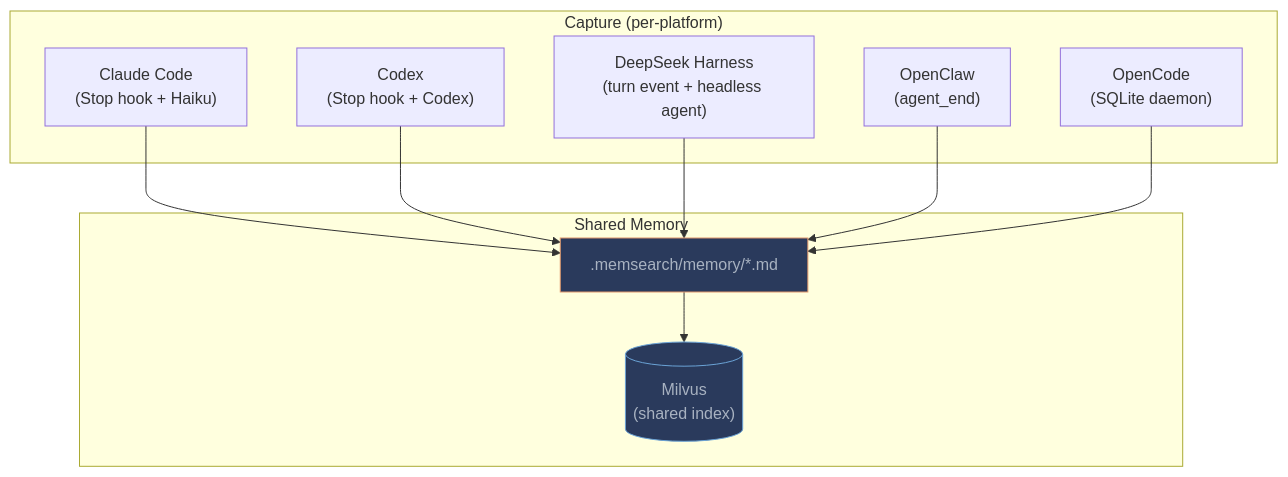
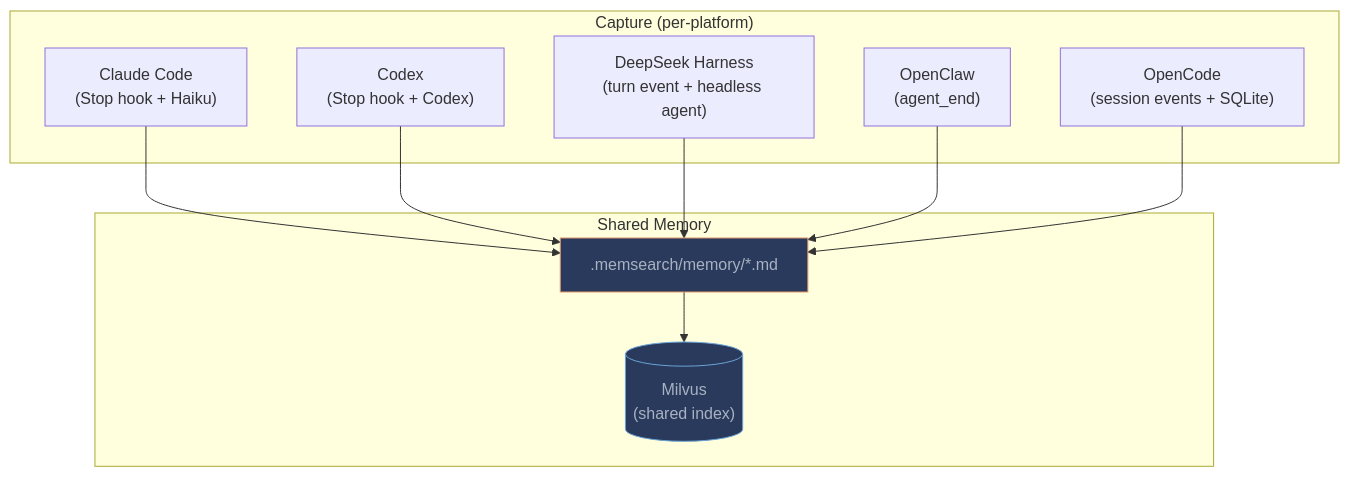
Before and after one commit to zilliztech/memsearch: the second of 4 diagrams in docs/design-philosophy.md, drawn with Mermaid. The commit also changed 51 other files, not shown here.

````diff
--- a/docs/design-philosophy.md
+++ b/docs/design-philosophy.md
@@ -42,21 +42,21 @@
 ```mermaid
 graph TB
     subgraph "Capture (per-platform)"
         CC["Claude Code<br/>(Stop hook + Haiku)"]
         CX["Codex<br/>(Stop hook + Codex)"]
         DSH["DeepSeek Harness<br/>(turn event + headless agent)"]
         OC["OpenClaw<br/>(agent_end)"]
-        OO["OpenCode<br/>(SQLite daemon)"]
+        OO["OpenCode<br/>(session events + SQLite)"]
     end
 
     subgraph "Shared Memory"
         MD[".memsearch/memory/*.md"]
         MIL[("Milvus<br/>(shared index)")]
     end
 
     CC & CX & DSH & OC & OO --> MD
     MD --> MIL
 
     style MD fill:#2a3a5c,stroke:#e0976b,color:#a8b2c1
     style MIL fill:#2a3a5c,stroke:#6ba3d6,color:#a8b2c1
 ```
````
